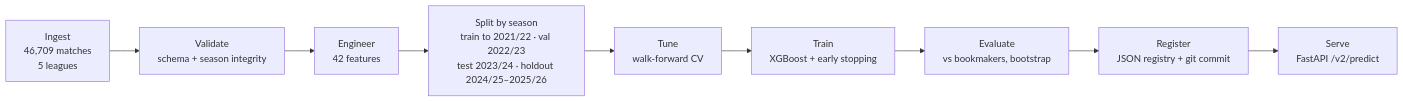
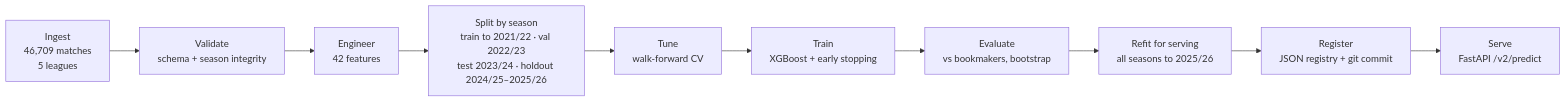
The second of 3 diagrams in docs/showcase/project-showcase.md (SumukhaK/football-intelligence-platform), drawn with Mermaid before and after one commit. The commit also changed other lines of this file and 8 other files, not shown here.

````diff
--- a/docs/showcase/project-showcase.md
+++ b/docs/showcase/project-showcase.md
@@ -105,11 +105,12 @@
 ```mermaid
 flowchart LR
     A[Ingest\n46,709 matches\n5 leagues] --> B[Validate\nschema + season integrity]
     B --> C[Engineer\n42 features]
     C --> D[Split by season\ntrain to 2021/22 · val 2022/23\ntest 2023/24 · holdout 2024/25–2025/26]
     D --> E[Tune\nwalk-forward CV]
     E --> F[Train\nXGBoost + early stopping]
     F --> G[Evaluate\nvs bookmakers, bootstrap]
-    G --> H[Register\nJSON registry + git commit]
+    G --> R[Refit for serving\nall seasons to 2025/26]
+    R --> H[Register\nJSON registry + git commit]
     H --> I[Serve\nFastAPI /v2/predict]
 ```
````
